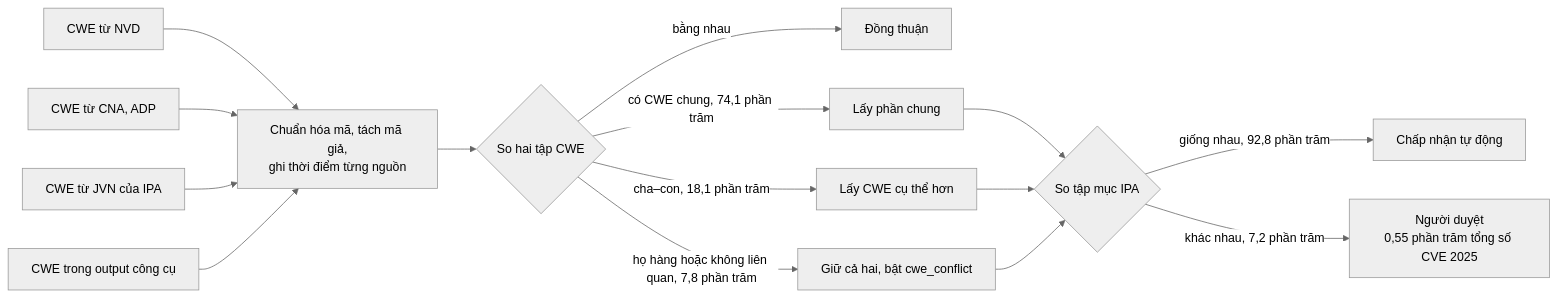
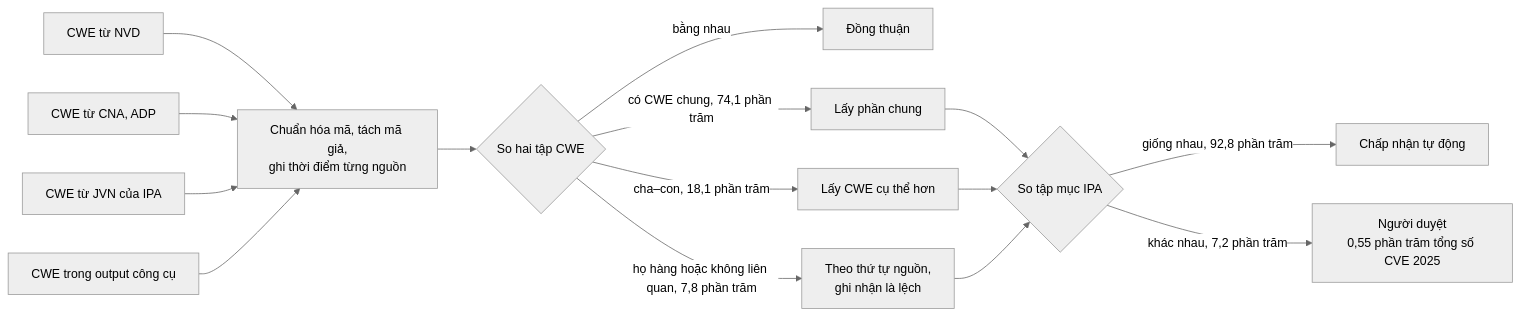
Before and after one commit to superken-python/ai-architecture: the fifth of 6 diagrams in projects/security_scan/docs/04-thuat-ngu-so-sanh-va-cach-map.md, drawn with Mermaid (neutral theme). The commit also changed other lines of this file and 11 other files, not shown here.

````diff
--- a/projects/security_scan/docs/04-thuat-ngu-so-sanh-va-cach-map.md
+++ b/projects/security_scan/docs/04-thuat-ngu-so-sanh-va-cach-map.md
@@ -520,17 +511,17 @@
 ```mermaid
 flowchart LR
     S1["CWE từ NVD"] --> N["Chuẩn hóa mã, tách mã giả,<br/>ghi thời điểm từng nguồn"]
     S2["CWE từ CNA, ADP"] --> N
     S3["CWE từ JVN của IPA"] --> N
     S4["CWE trong output công cụ"] --> N
     N --> C{"So hai tập CWE"}
     C -- "bằng nhau" --> OK["Đồng thuận"]
     C -- "có CWE chung, 74,1 phần trăm" --> O["Lấy phần chung"]
     C -- "cha–con, 18,1 phần trăm" --> P["Lấy CWE cụ thể hơn"]
-    C -- "họ hàng hoặc không liên quan, 7,8 phần trăm" --> U["Giữ cả hai, bật cwe_conflict"]
+    C -- "họ hàng hoặc không liên quan, 7,8 phần trăm" --> U["Theo thứ tự nguồn,<br/>ghi nhận là lệch"]
     O --> I{"So tập mục IPA"}
     P --> I
     U --> I
     I -- "giống nhau, 92,8 phần trăm" --> A["Chấp nhận tự động"]
     I -- "khác nhau, 7,2 phần trăm" --> R["Người duyệt<br/>0,55 phần trăm tổng số CVE 2025"]
 ```
````
